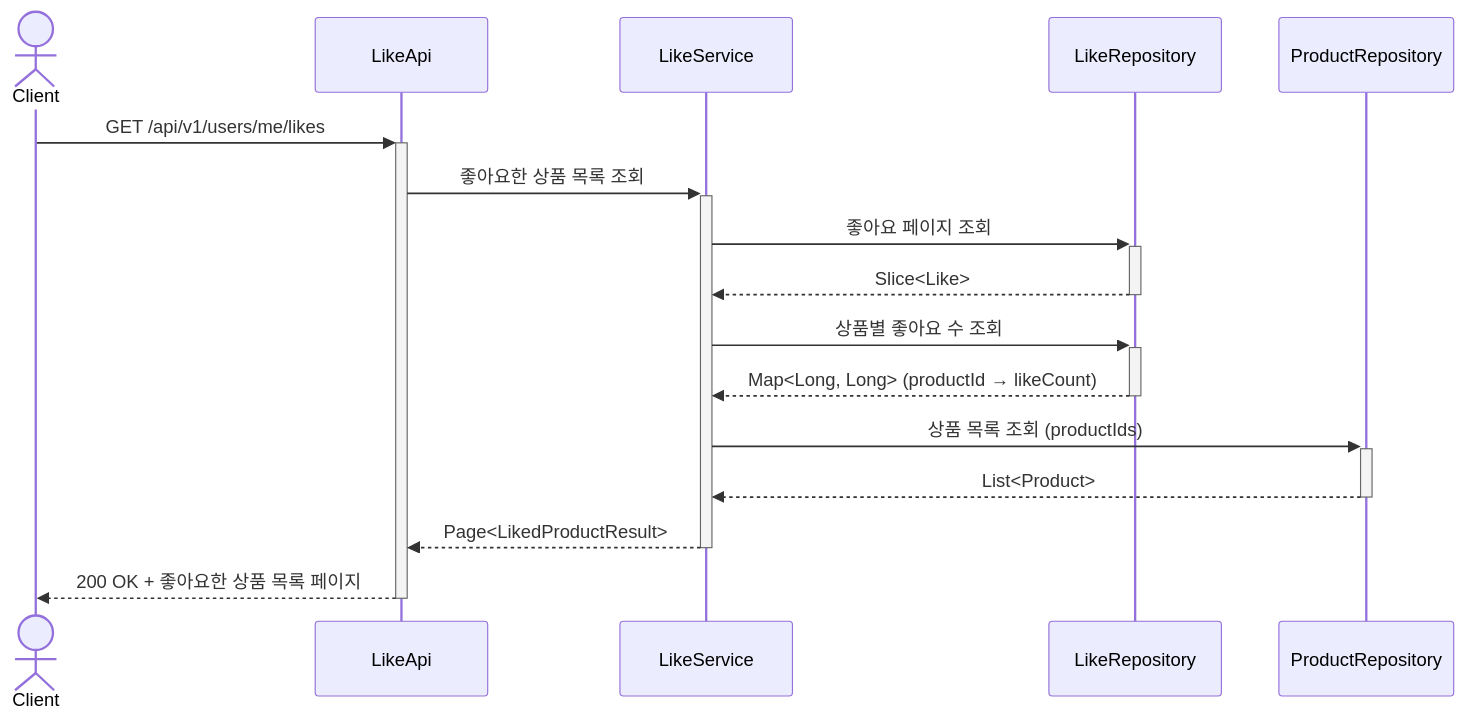
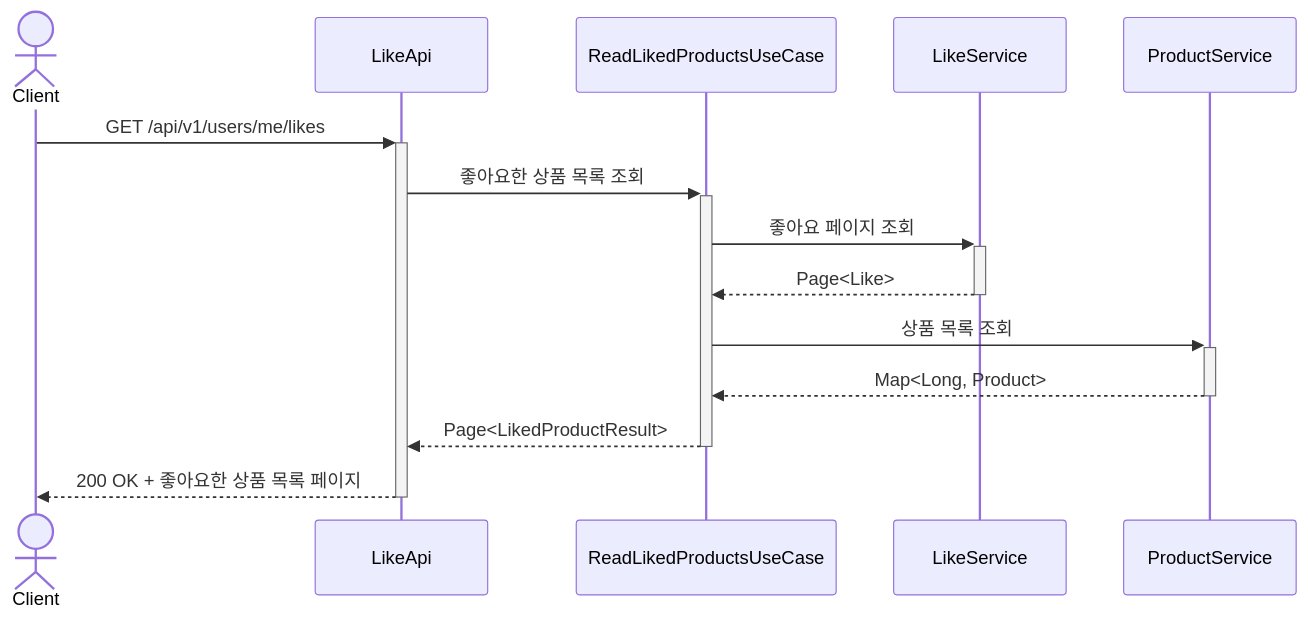
Before and after one commit to Loopers-dev-lab/loop-pack-be-l2-vol3-java: diagram 18 of 23 in .docs/design/02-sequence-diagrams.md, drawn with Mermaid. The commit also changed other lines of this file and 88 other files, not shown here.

````diff
--- a/.docs/design/02-sequence-diagrams.md
+++ b/.docs/design/02-sequence-diagrams.md
@@ -612,23 +643,20 @@
 ```mermaid
 sequenceDiagram
     actor Client
     participant LikeApi
+    participant ReadLikedProductsUseCase
     participant LikeService
-    participant LikeRepository
-    participant ProductRepository
+    participant ProductService
 
     Client ->>+ LikeApi: GET /api/v1/users/me/likes
-    LikeApi ->>+ LikeService: 좋아요한 상품 목록 조회
+    LikeApi ->>+ ReadLikedProductsUseCase: 좋아요한 상품 목록 조회
 
-    LikeService ->>+ LikeRepository: 좋아요 페이지 조회
-    LikeRepository -->>- LikeService: Slice<Like>
-    
-    LikeService ->>+ LikeRepository: 상품별 좋아요 수 조회
-    LikeRepository -->>- LikeService: Map<Long, Long> (productId → likeCount)
+    ReadLikedProductsUseCase ->>+ LikeService: 좋아요 페이지 조회
+    LikeService -->>- ReadLikedProductsUseCase: Page<Like>
 
-    LikeService ->>+ ProductRepository: 상품 목록 조회 (productIds)
-    ProductRepository -->>- LikeService: List<Product>
+    ReadLikedProductsUseCase ->>+ ProductService: 상품 목록 조회
+    ProductService -->>- ReadLikedProductsUseCase: Map<Long, Product>
 
-    LikeService -->>- LikeApi: Page<LikedProductResult>
+    ReadLikedProductsUseCase -->>- LikeApi: Page<LikedProductResult>
     LikeApi -->>- Client: 200 OK + 좋아요한 상품 목록 페이지
 ```
````
